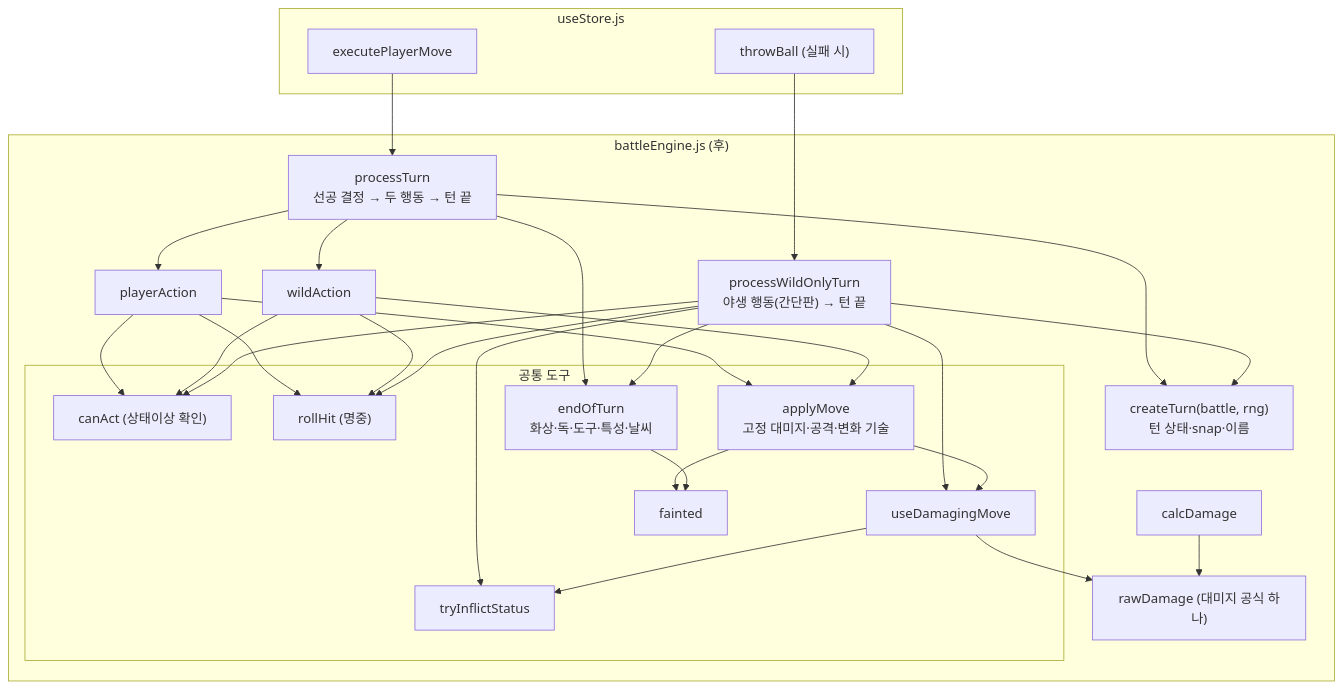
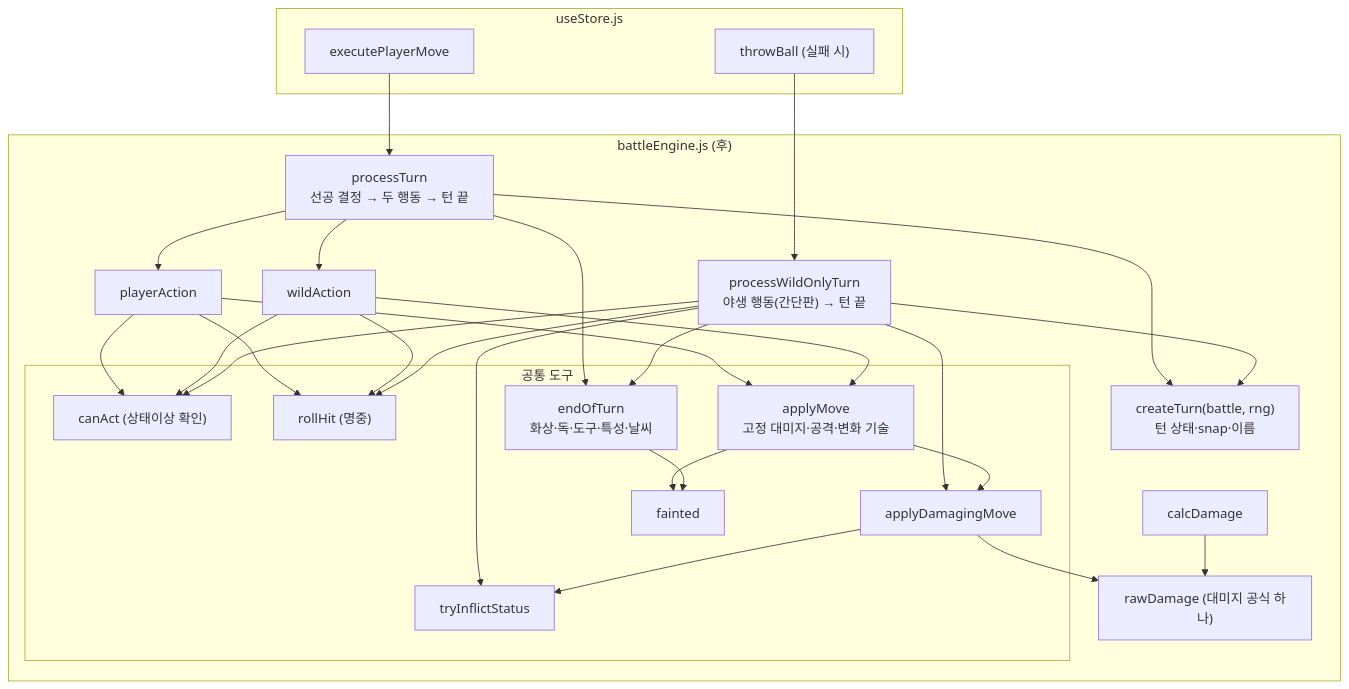
Before and after one commit to ESeungJun/poketmon_idle: the second of 2 diagrams in docs/리팩토링/2026-11-17_배틀엔진-턴처리-정리.md, drawn with Mermaid. The commit also changed other lines of this file and 2 other files, not shown here.

````diff
--- a/docs/리팩토링/2026-11-17_배틀엔진-턴처리-정리.md
+++ b/docs/리팩토링/2026-11-17_배틀엔진-턴처리-정리.md
@@ -62,41 +62,41 @@
 ```mermaid
 flowchart TD
   subgraph store["useStore.js"]
     EPM["executePlayerMove"]
     TB["throwBall (실패 시)"]
   end
   subgraph engine["battleEngine.js (후)"]
     PT["processTurn<br/>선공 결정 → 두 행동 → 턴 끝"]
     PWO["processWildOnlyTurn<br/>야생 행동(간단판) → 턴 끝"]
     CT["createTurn(battle, rng)<br/>턴 상태·snap·이름"]
     PA["playerAction"]
     WA["wildAction"]
     subgraph tools["공통 도구"]
       CAN["canAct (상태이상 확인)"]
       HIT["rollHit (명중)"]
       AM["applyMove<br/>고정 대미지·공격·변화 기술"]
-      DMG["useDamagingMove"]
+      DMG["applyDamagingMove"]
       INF["tryInflictStatus"]
       FNT["fainted"]
       EOT["endOfTurn<br/>화상·독·도구·특성·날씨"]
     end
     RAW["rawDamage (대미지 공식 하나)"]
     CD["calcDamage"]
   end
   EPM --> PT
   TB --> PWO
   PT --> CT
   PWO --> CT
   PT --> PA
   PT --> WA
   PT --> EOT
   PA --> CAN & HIT & AM
   WA --> CAN & HIT & AM
   PWO --> CAN & HIT & DMG & INF & EOT
   AM --> DMG
   DMG --> RAW
   DMG --> INF
   CD --> RAW
   AM --> FNT
   EOT --> FNT
 ```
````
